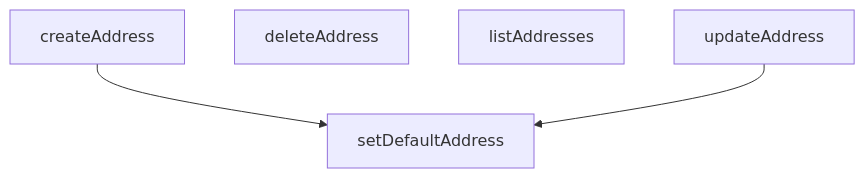
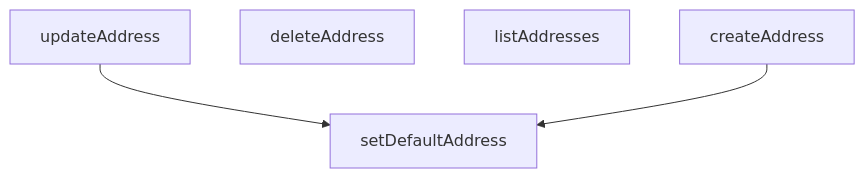
Before and after one commit to peckop/venthub-hvac-esite: the diagram in src/lib/services/address.service.md, drawn with Mermaid. The commit also changed other lines of this file and 63 other files, not shown here.

````diff
--- a/src/lib/services/address.service.md
+++ b/src/lib/services/address.service.md
@@ -159,10 +165,10 @@
 ```mermaid
 graph TD
     address_service_ts__createAddress["createAddress"]
     address_service_ts__deleteAddress["deleteAddress"]
     address_service_ts__listAddresses["listAddresses"]
     address_service_ts__setDefaultAddress["setDefaultAddress"]
     address_service_ts__updateAddress["updateAddress"]
+    address_service_ts__updateAddress --> address_service_ts__setDefaultAddress
     address_service_ts__createAddress --> address_service_ts__setDefaultAddress
-    address_service_ts__updateAddress --> address_service_ts__setDefaultAddress
 ```
````
